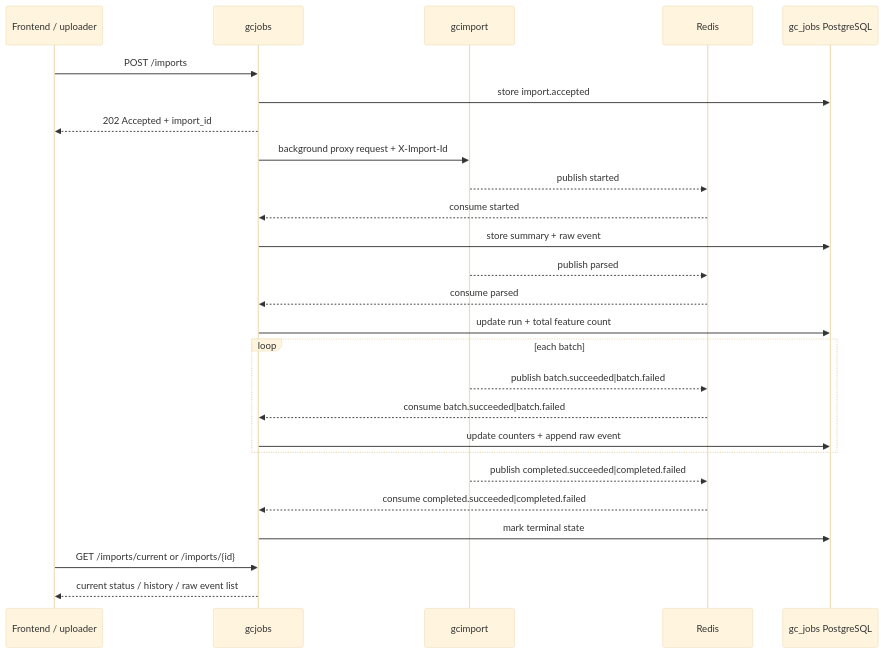
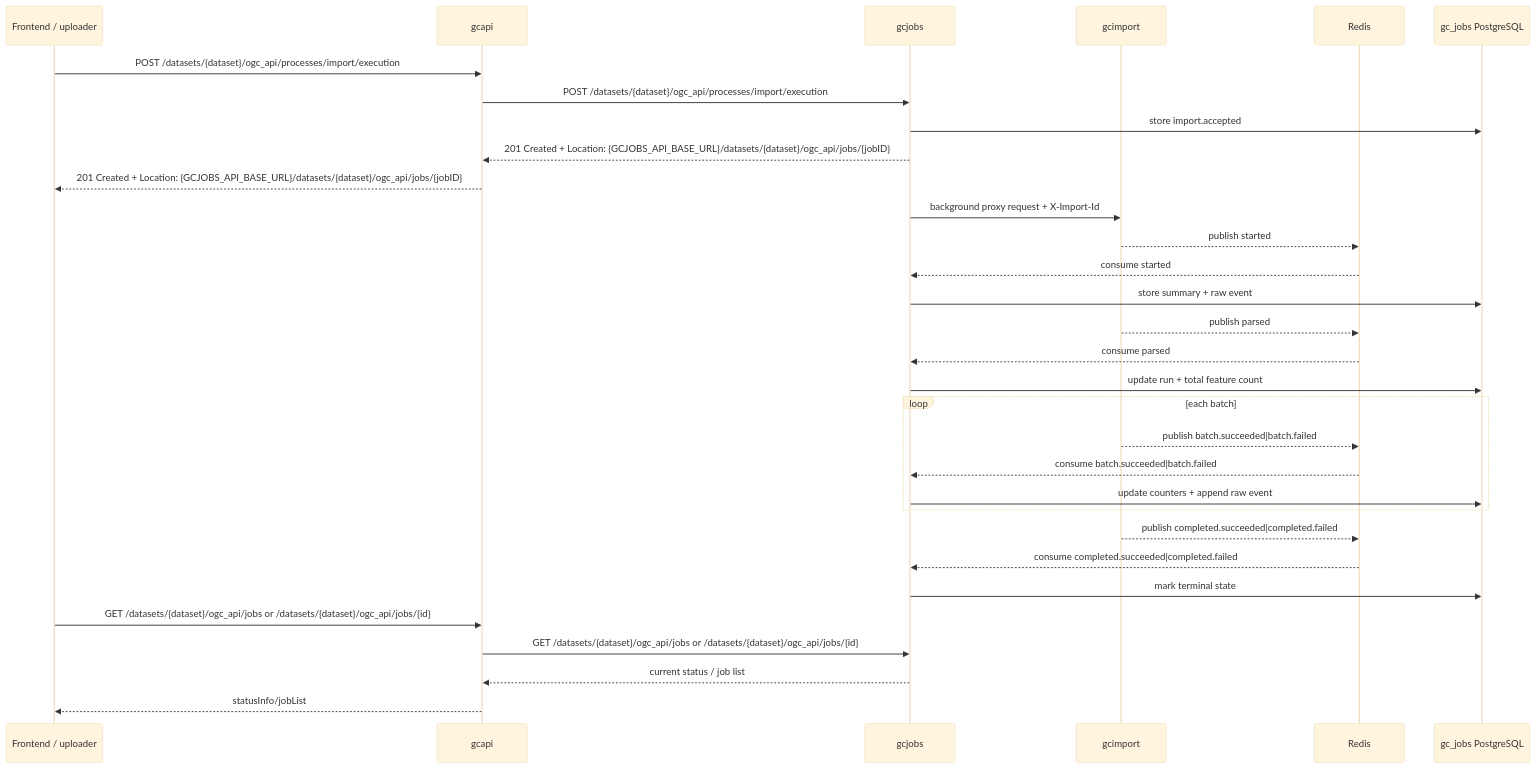
Before and after one commit to kartverket/topografisk-gdb-api: the eighth of 10 diagrams in docs/ARCHITECTURE.md, drawn with Mermaid (base theme). The commit also changed other lines of this file and 63 other files, not shown here.

First line of the commit message:
canonical OGC API facade (#87)

````diff
--- a/docs/ARCHITECTURE.md
+++ b/docs/ARCHITECTURE.md
@@ -322,32 +334,37 @@
 ```mermaid
 sequenceDiagram
   participant FE as Frontend / uploader
+  participant A as gcapi
   participant J as gcjobs
   participant I as gcimport
   participant R as Redis
   participant JDB as gc_jobs PostgreSQL
 
-  FE->>J: POST /imports
+  FE->>A: POST /datasets/{dataset}/ogc_api/processes/import/execution
+  A->>J: POST /datasets/{dataset}/ogc_api/processes/import/execution
   J->>JDB: store import.accepted
-  J-->>FE: 202 Accepted + import_id
+  J-->>A: 201 Created + Location: {GCJOBS_API_BASE_URL}/datasets/{dataset}/ogc_api/jobs/{jobID}
+  A-->>FE: 201 Created + Location: {GCJOBS_API_BASE_URL}/datasets/{dataset}/ogc_api/jobs/{jobID}
   J->>I: background proxy request + X-Import-Id
   I-->>R: publish started
   R-->>J: consume started
   J->>JDB: store summary + raw event
 
   I-->>R: publish parsed
   R-->>J: consume parsed
   J->>JDB: update run + total feature count
 
   loop each batch
     I-->>R: publish batch.succeeded|batch.failed
     R-->>J: consume batch.succeeded|batch.failed
     J->>JDB: update counters + append raw event
   end
 
   I-->>R: publish completed.succeeded|completed.failed
   R-->>J: consume completed.succeeded|completed.failed
   J->>JDB: mark terminal state
-  FE->>J: GET /imports/current or /imports/{id}
-  J-->>FE: current status / history / raw event list
+  FE->>A: GET /datasets/{dataset}/ogc_api/jobs or /datasets/{dataset}/ogc_api/jobs/{id}
+  A->>J: GET /datasets/{dataset}/ogc_api/jobs or /datasets/{dataset}/ogc_api/jobs/{id}
+  J-->>A: current status / job list
+  A-->>FE: statusInfo/jobList
 ```
````
